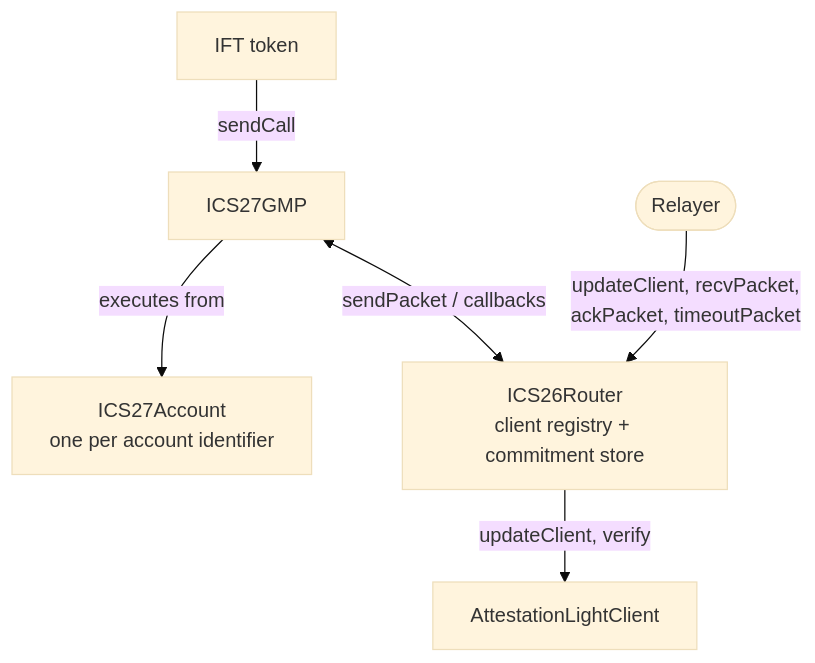
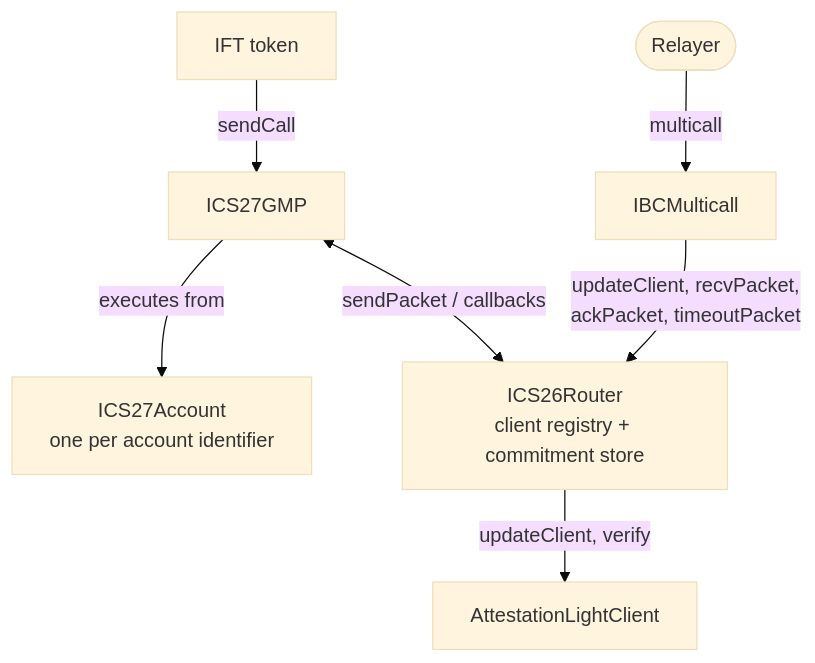
The diagram in docs/5-ibc-solidity-contracts/1-overview.md (cosmos/ibc), drawn with Mermaid (base theme) before and after one commit. The commit also changed other lines of this file and 7 other files, not shown here.

````diff
--- a/docs/5-ibc-solidity-contracts/1-overview.md
+++ b/docs/5-ibc-solidity-contracts/1-overview.md
@@ -22,15 +22,17 @@
 ```mermaid
 flowchart TB
     REL(["Relayer"])
     IFT["IFT token"]
     GMP["ICS27GMP"]
     ACC["ICS27Account<br/>one per account identifier"]
+    MC["IBCMulticall"]
     R["ICS26Router<br/>client registry + commitment store"]
     ALC["AttestationLightClient"]
 
     IFT -- "sendCall" --> GMP
     GMP -- "executes from" --> ACC
     GMP <-- "sendPacket / callbacks" --> R
-    REL -- "updateClient, recvPacket,<br/>ackPacket, timeoutPacket" --> R
+    REL -- "multicall" --> MC
+    MC -- "updateClient, recvPacket,<br/>ackPacket, timeoutPacket" --> R
     R -- "updateClient, verify" --> ALC
 ```
````
